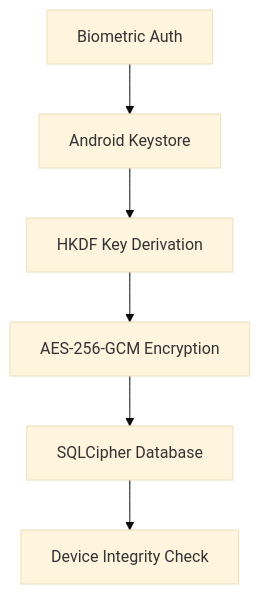
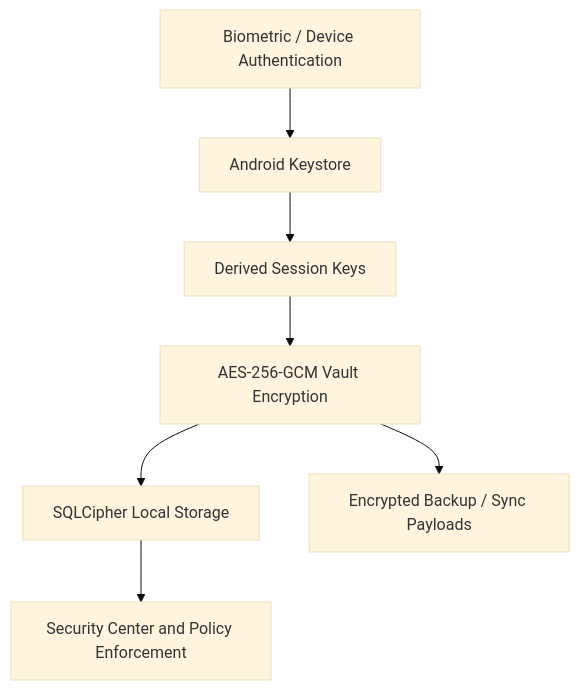
The diagram in README.md (hafgit99/AegisVaultAndroid_V.4.0.0), drawn with Mermaid (base theme) before and after one commit. The commit also changed other lines of this file, not shown here.

````diff
--- a/README.md
+++ b/README.md
@@ -96,8 +87,9 @@
 ```mermaid
 graph TD
-    A[Biometric Auth] --> B[Android Keystore]
-    B --> C[HKDF Key Derivation]
-    C --> D[AES-256-GCM Encryption]
-    D --> E[SQLCipher Database]
-    E --> F[Device Integrity Check]
+    A["Biometric / Device Authentication"] --> B["Android Keystore"]
+    B --> C["Derived Session Keys"]
+    C --> D["AES-256-GCM Vault Encryption"]
+    D --> E["SQLCipher Local Storage"]
+    D --> F["Encrypted Backup / Sync Payloads"]
+    E --> G["Security Center and Policy Enforcement"]
 ```
````
